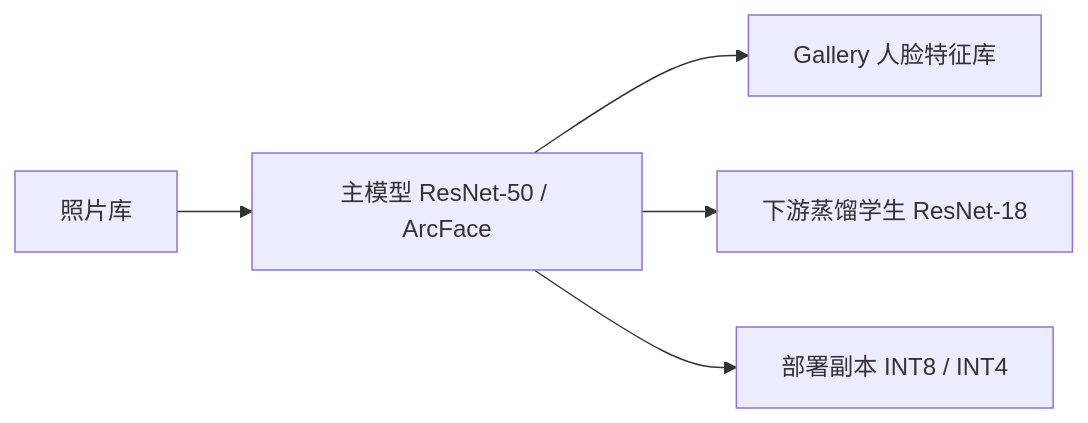
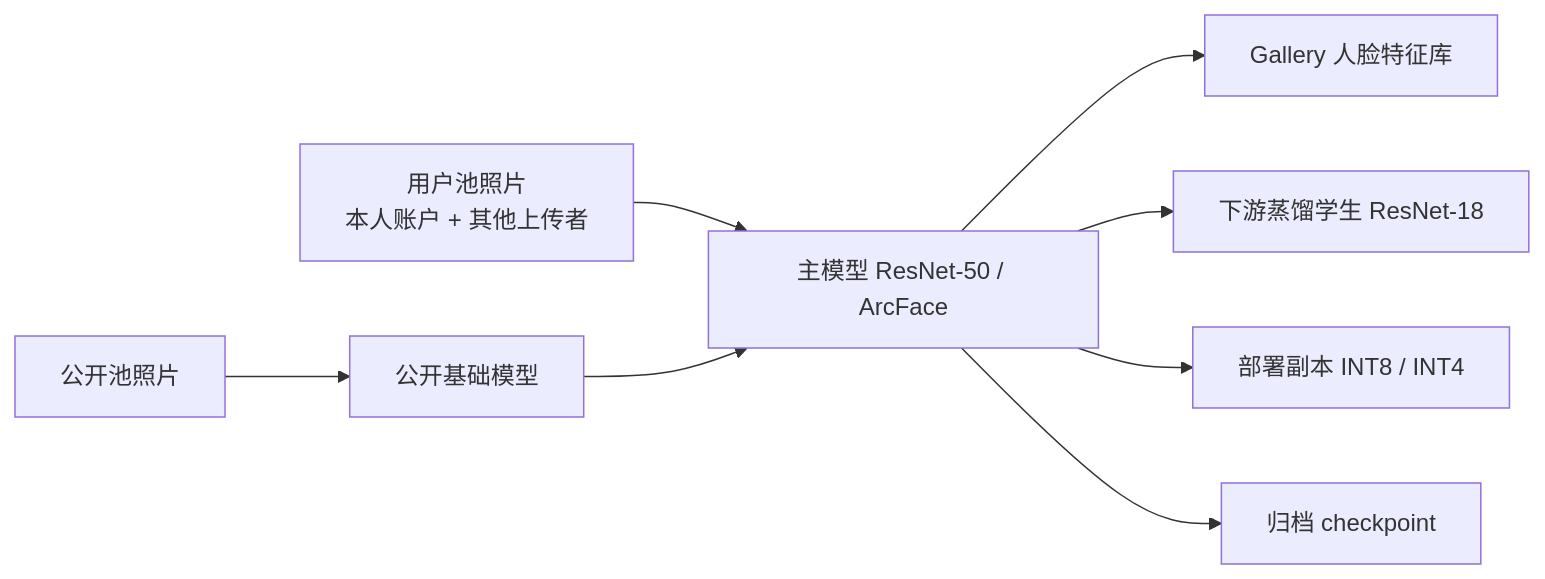
Before and after one commit to NGC12-ZJH/aiaa2290-Mini-Ever: the diagram in README.md, drawn with Mermaid. The commit also changed other lines of this file and 6 other files, not shown here.

````diff
--- a/README.md
+++ b/README.md
@@ -22,7 +38,10 @@
 ```mermaid
 flowchart LR
-    P[照片库] --> M[主模型 ResNet-50 / ArcFace]
+    PUB[公开池照片] --> B[公开基础模型]
+    U[用户池照片<br/>本人账户 + 其他上传者] --> M[主模型 ResNet-50 / ArcFace]
+    B --> M
     M --> G[Gallery 人脸特征库]
     M --> S[下游蒸馏学生 ResNet-18]
     M --> Q[部署副本 INT8 / INT4]
+    M --> A[归档 checkpoint]
 ```
````
